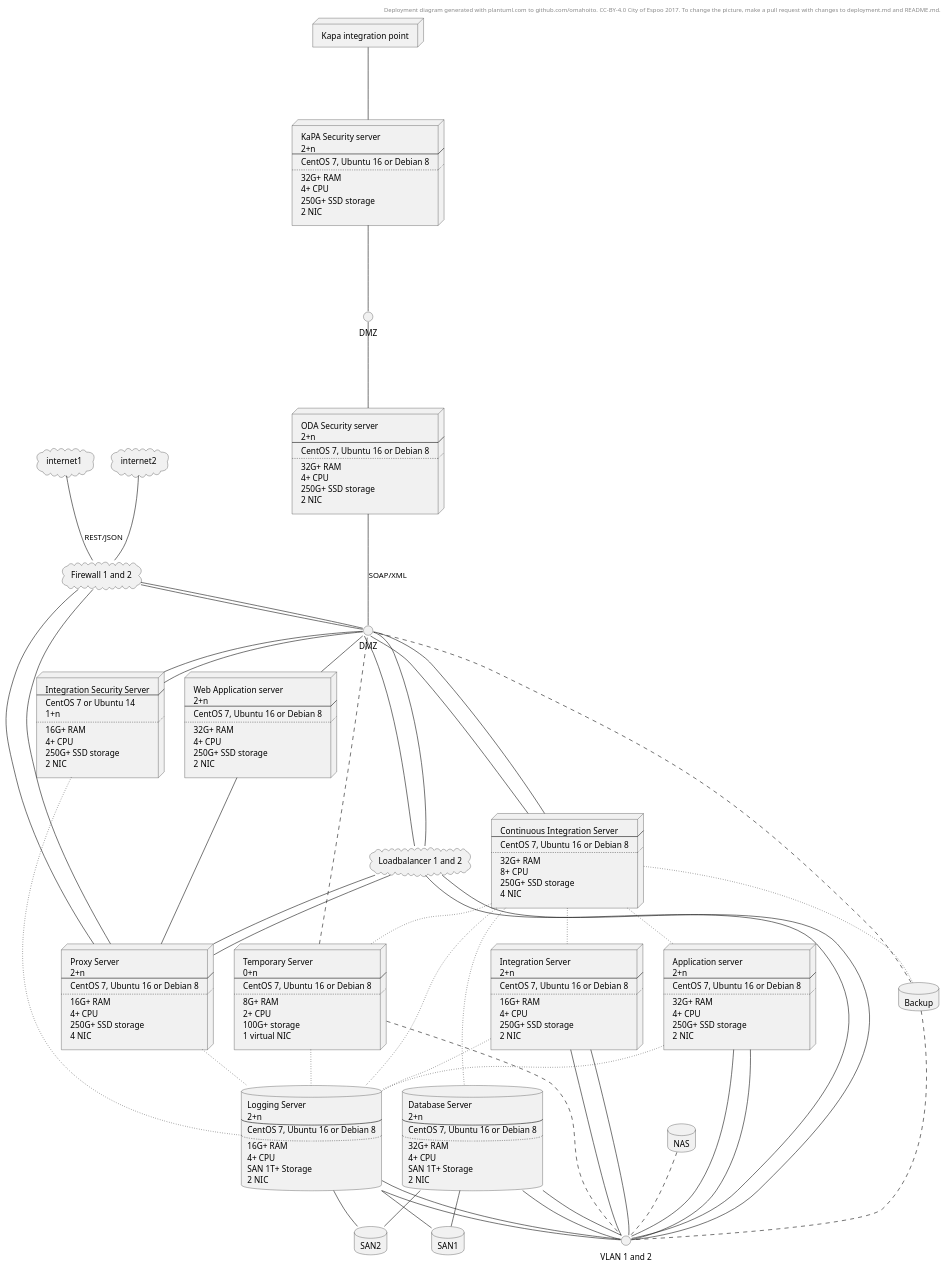
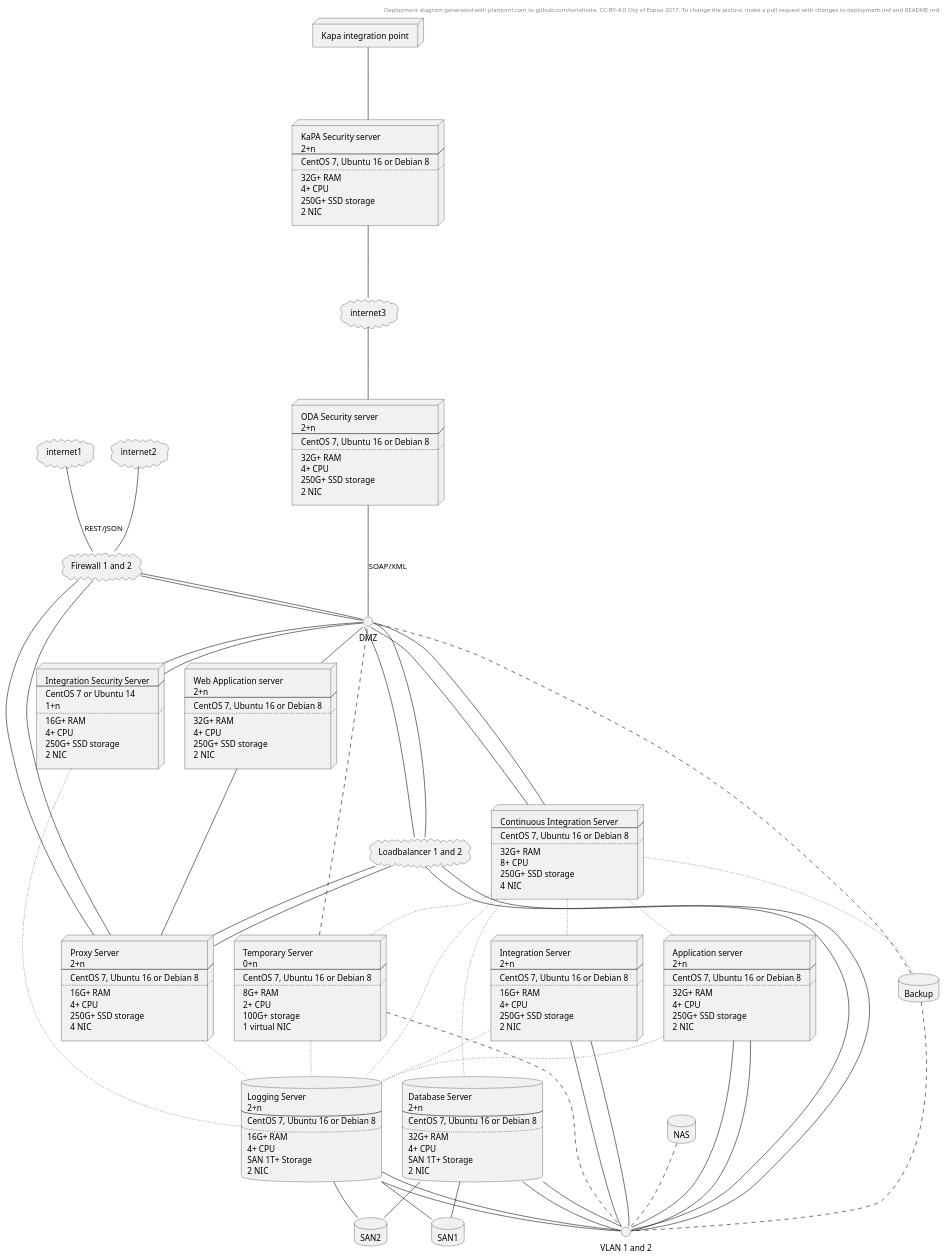
Before and after one commit to omahoito/oda-kapa: the diagram in deployment.plantuml, drawn with PlantUML.

Commit message:
Replaced Kapa facing DMZ with internet

```diff
--- a/deployment.plantuml
+++ b/deployment.plantuml
@@ -15,8 +15,6 @@
 interface VLAN1 [
 VLAN 1 and 2
 ]
-
-
 
 node security1 [
 ODA Security server
@@ -58,15 +56,14 @@
 2 NIC
 ]
 
-interface DMZ2[
-  DMZ
+cloud internet3 [
+  internet3
 ]
 
 
-
 DMZ -up-- security1 : SOAP/XML
-security1 -up-- DMZ2
-DMZ2 -up--security2
+security1  -up--internet3
+internet3 -up--security2
 security2 -up-- odakapaint
 DMZ --front
 
```
